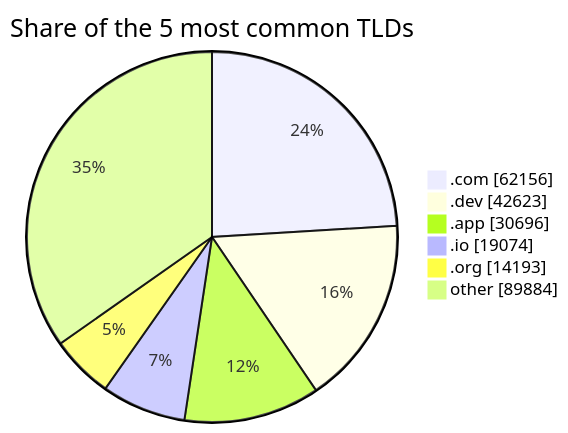
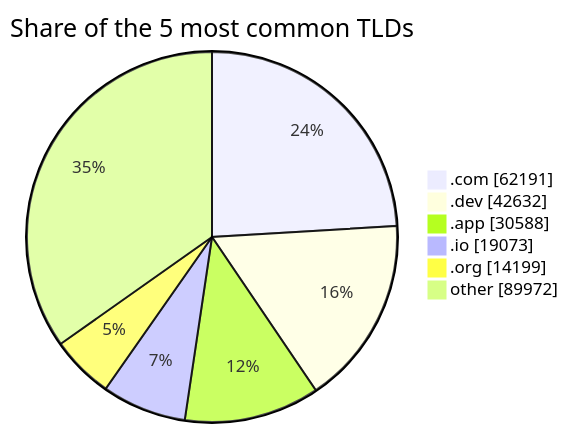
Before and after one commit to DNSBunker/CTI: the second of 2 diagrams in README.md, drawn with Mermaid. The commit also changed other lines of this file and 3 other files, not shown here.

````diff
--- a/README.md
+++ b/README.md
@@ -72,9 +72,9 @@
 ```mermaid
 pie showData title Share of the 5 most common TLDs
-    ".com" : 62156
-    ".dev" : 42623
-    ".app" : 30696
-    ".io" : 19074
-    ".org" : 14193
-    "other" : 89884
+    ".com" : 62191
+    ".dev" : 42632
+    ".app" : 30588
+    ".io" : 19073
+    ".org" : 14199
+    "other" : 89972
 ```
````
